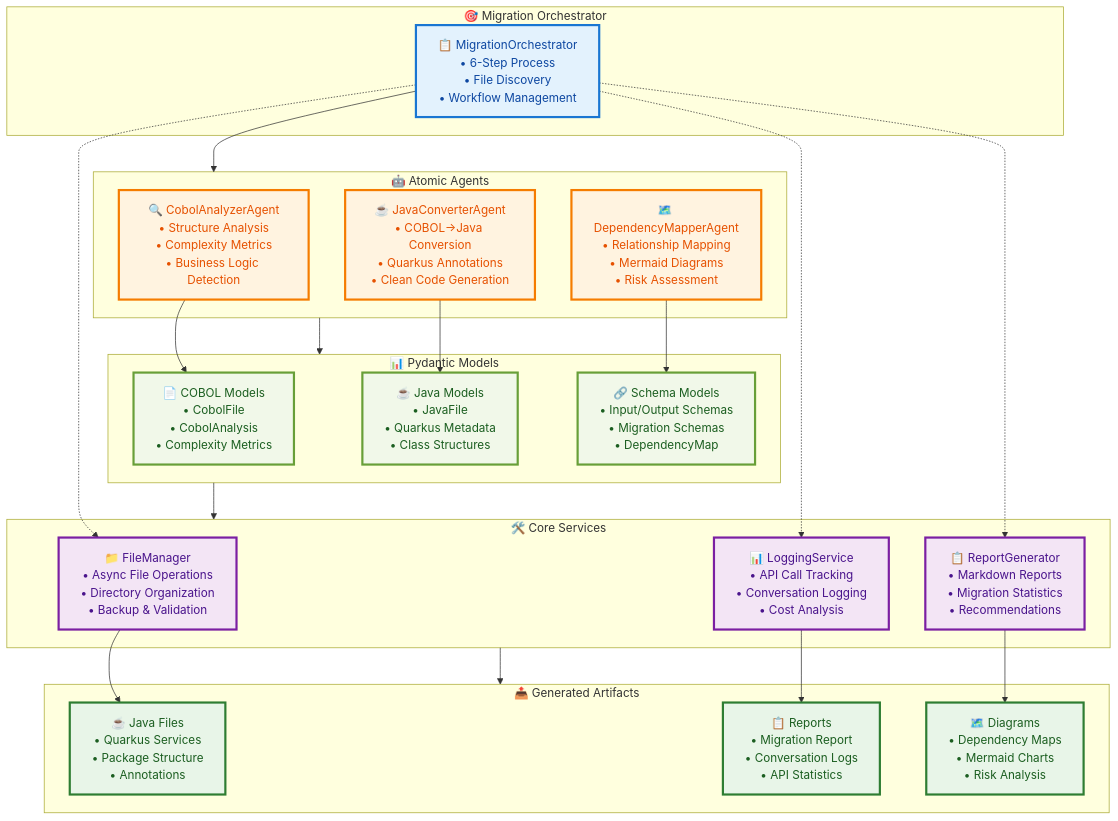
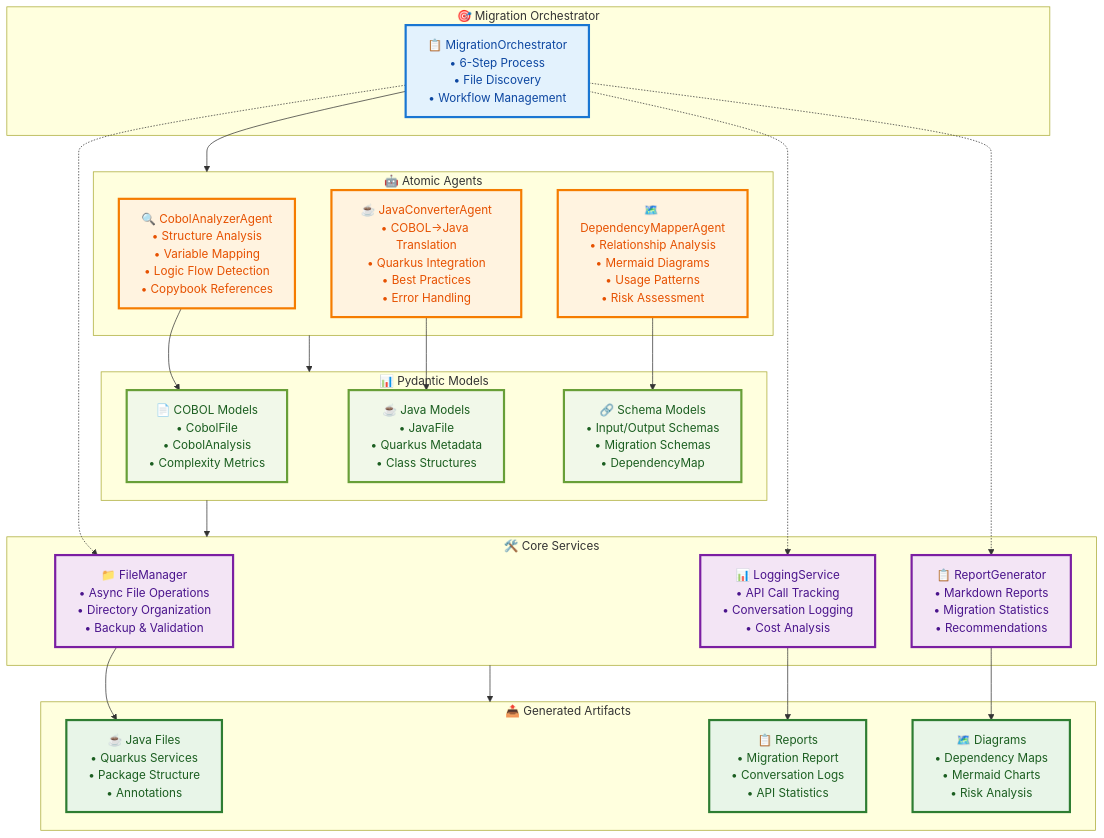
The second of 2 diagrams in README.md (ltoscano/legacybridge-oss-cobol), drawn with Mermaid before and after one commit. The commit also changed other lines of this file, not shown here.

Commit message:
Update README.md: Refine agent descriptions for CobolAnalyzerAgent, JavaConverterAgent, and DependencyMapperAgent to enhance clarity and detail

````diff
--- a/README.md
+++ b/README.md
@@ -281,70 +281,70 @@
 ```mermaid
 graph TB
     subgraph ORCHESTRATOR ["🎯 Migration Orchestrator"]
         COORDINATOR["📋 MigrationOrchestrator<br/>• 6-Step Process<br/>• File Discovery<br/>• Workflow Management"]
     end
     
     subgraph AI_AGENTS ["🤖 Atomic Agents"]
-        COBOL_AGENT["🔍 CobolAnalyzerAgent<br/>• Structure Analysis<br/>• Complexity Metrics<br/>• Business Logic Detection"]
+        COBOL_AGENT["🔍 CobolAnalyzerAgent<br/>• Structure Analysis<br/>• Variable Mapping<br/>• Logic Flow Detection<br/>• Copybook References"]
         
-        JAVA_AGENT["☕ JavaConverterAgent<br/>• COBOL→Java Conversion<br/>• Quarkus Annotations<br/>• Clean Code Generation"]
+        JAVA_AGENT["☕ JavaConverterAgent<br/>• COBOL→Java Translation<br/>• Quarkus Integration<br/>• Best Practices<br/>• Error Handling"]
         
-        DEPENDENCY_AGENT["🗺️ DependencyMapperAgent<br/>• Relationship Mapping<br/>• Mermaid Diagrams<br/>• Risk Assessment"]
+        DEPENDENCY_AGENT["🗺️ DependencyMapperAgent<br/>• Relationship Analysis<br/>• Mermaid Diagrams<br/>• Usage Patterns<br/>• Risk Assessment"]
     end
     
     subgraph DATA_MODELS ["📊 Pydantic Models"]
         COBOL_MODELS["📄 COBOL Models<br/>• CobolFile<br/>• CobolAnalysis<br/>• Complexity Metrics"]
         
         JAVA_MODELS["☕ Java Models<br/>• JavaFile<br/>• Quarkus Metadata<br/>• Class Structures"]
         
         SCHEMA_MODELS["🔗 Schema Models<br/>• Input/Output Schemas<br/>• Migration Schemas<br/>• DependencyMap"]
     end
     
     subgraph SERVICES ["🛠️ Core Services"]
         FILE_MANAGER["📁 FileManager<br/>• Async File Operations<br/>• Directory Organization<br/>• Backup & Validation"]
         
         LOGGING_SERVICE["📊 LoggingService<br/>• API Call Tracking<br/>• Conversation Logging<br/>• Cost Analysis"]
         
         REPORT_SERVICE["📋 ReportGenerator<br/>• Markdown Reports<br/>• Migration Statistics<br/>• Recommendations"]
     end
     
     subgraph OUTPUT ["📤 Generated Artifacts"]
         JAVA_OUTPUT["☕ Java Files<br/>• Quarkus Services<br/>• Package Structure<br/>• Annotations"]
         
         REPORTS_OUTPUT["📋 Reports<br/>• Migration Report<br/>• Conversation Logs<br/>• API Statistics"]
         
         DIAGRAMS_OUTPUT["🗺️ Diagrams<br/>• Dependency Maps<br/>• Mermaid Charts<br/>• Risk Analysis"]
     end
     
     %% Main Flow
     COORDINATOR --> AI_AGENTS
     AI_AGENTS --> DATA_MODELS
     DATA_MODELS --> SERVICES
     SERVICES --> OUTPUT
     
     %% Detailed Connections
     COORDINATOR -.-> FILE_MANAGER
     COORDINATOR -.-> LOGGING_SERVICE
     COORDINATOR -.-> REPORT_SERVICE
     
     COBOL_AGENT --> COBOL_MODELS
     JAVA_AGENT --> JAVA_MODELS
     DEPENDENCY_AGENT --> SCHEMA_MODELS
     
     FILE_MANAGER --> JAVA_OUTPUT
     LOGGING_SERVICE --> REPORTS_OUTPUT
     REPORT_SERVICE --> DIAGRAMS_OUTPUT
     
     %% Styling
     classDef orchestratorStyle fill:#e3f2fd,stroke:#1976d2,stroke-width:3px,color:#0d47a1
     classDef agentStyle fill:#fff3e0,stroke:#f57c00,stroke-width:3px,color:#e65100
     classDef modelStyle fill:#f1f8e9,stroke:#689f38,stroke-width:3px,color:#1b5e20
     classDef serviceStyle fill:#f3e5f5,stroke:#7b1fa2,stroke-width:3px,color:#4a148c
     classDef outputStyle fill:#e8f5e8,stroke:#2e7d32,stroke-width:3px,color:#1b5e20
     
     class COORDINATOR orchestratorStyle
     class COBOL_AGENT,JAVA_AGENT,DEPENDENCY_AGENT agentStyle
     class COBOL_MODELS,JAVA_MODELS,SCHEMA_MODELS modelStyle
     class FILE_MANAGER,LOGGING_SERVICE,REPORT_SERVICE serviceStyle
     class JAVA_OUTPUT,REPORTS_OUTPUT,DIAGRAMS_OUTPUT outputStyle
 ```
````
